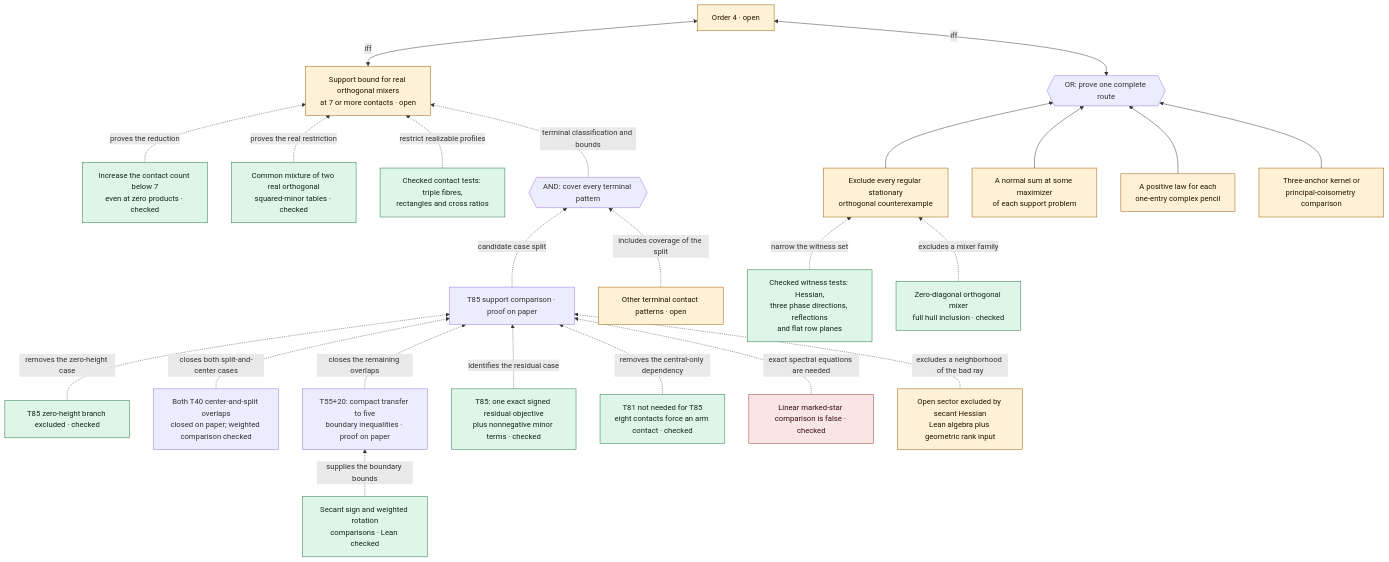
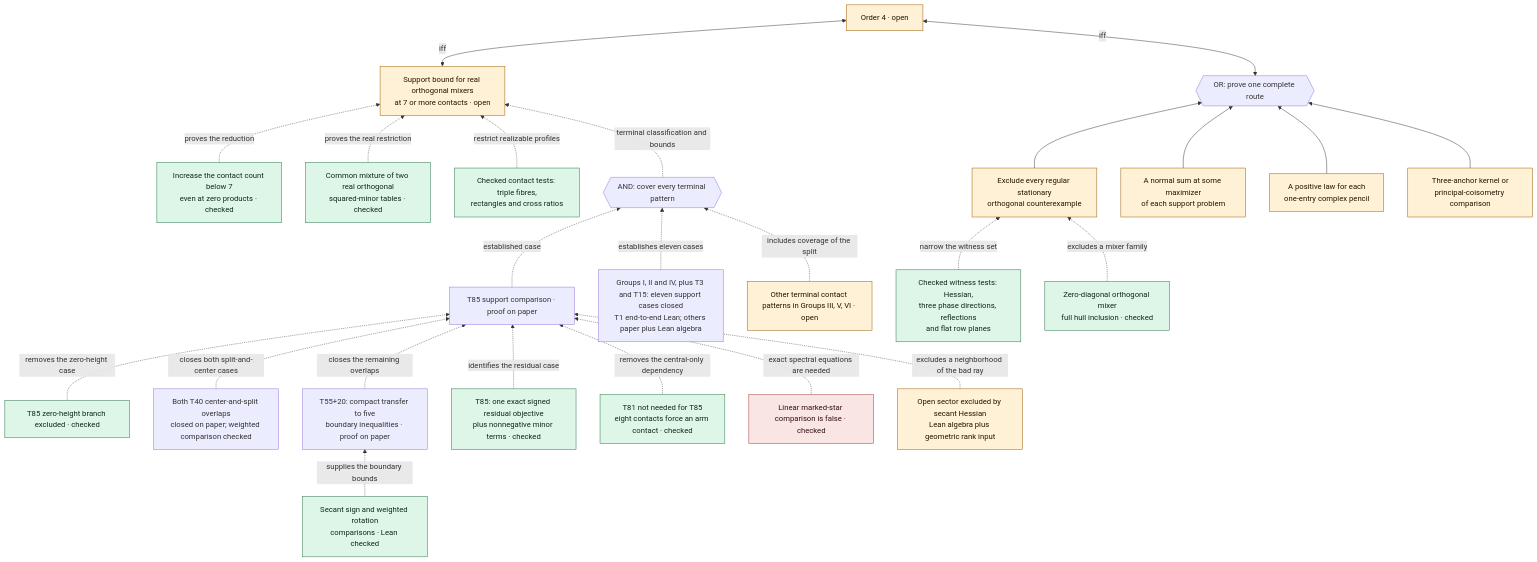
The second of 5 diagrams in Lean/ProofTree.md (ascendnoosphere/MOC), drawn with Mermaid before and after one commit. The commit also changed other lines of this file and 30 other files, not shown here.

Commit message:
Close Zheng Groups I, II, IV and the T3 and T15 support cases

````diff
--- a/Lean/ProofTree.md
+++ b/Lean/ProofTree.md
@@ -72,51 +72,53 @@
 ```mermaid
 flowchart BT
     FOUR["Order 4 · open"]:::open
     OR4{{"OR: prove one complete route"}}
     WITNESS["Exclude every regular stationary<br/>orthogonal counterexample"]:::open
     NORMAL["A normal sum at some maximizer<br/>of each support problem"]:::open
     PENCIL["A positive law for each<br/>one-entry complex pencil"]:::open
     CHART["Three-anchor kernel or<br/>principal-coisometry comparison"]:::open
     TRANSFER["Increase the contact count below 7<br/>even at zero products · checked"]:::checked
     SEVEN["Support bound for real orthogonal mixers<br/>at 7 or more contacts · open"]:::open
     TWO["Common mixture of two real orthogonal<br/>squared-minor tables · checked"]:::checked
     TESTS["Checked witness tests: Hessian,<br/>three phase directions, reflections<br/>and flat row planes"]:::checked
     ZERO["Zero-diagonal orthogonal mixer<br/>full hull inclusion · checked"]:::checked
     PHASE["Checked contact tests: triple fibres,<br/>rectangles and cross ratios"]:::checked
     T85["T85 support comparison · proof on paper"]
     T55OVER["T55+20: compact transfer to five<br/>boundary inequalities · proof on paper"]
     SECB["Secant sign and weighted rotation<br/>comparisons · Lean checked"]:::checked
     T40OVER["Both T40 center-and-split overlaps<br/>closed on paper; weighted comparison checked"]
     BYPASS["T81 not needed for T85<br/>eight contacts force an arm contact · checked"]:::checked
-    OTHERS["Other terminal contact patterns · open"]:::open
+    EARLY["Groups I, II and IV, plus T3 and T15: eleven support cases closed<br/>T1 end-to-end Lean; others paper plus Lean algebra"]
+    OTHERS["Other terminal contact patterns in Groups III, V, VI · open"]:::open
     COVER{{"AND: cover every terminal pattern"}}
     STAR["T85: one exact signed residual objective<br/>plus nonnegative minor terms · checked"]:::checked
     NOGO["Linear marked-star comparison is false · checked"]:::blocked
     SEC["Open sector excluded by secant Hessian<br/>Lean algebra plus geometric rank input"]:::open
     PAIRED["T85 zero-height branch excluded · checked"]:::checked
     WITNESS --> OR4
     NORMAL --> OR4
     PENCIL --> OR4
     CHART --> OR4
     TRANSFER -. proves the reduction .-> SEVEN
     TWO -. proves the real restriction .-> SEVEN
     SEVEN <-->|iff| FOUR
     TESTS -. narrow the witness set .-> WITNESS
     ZERO -. excludes a mixer family .-> WITNESS
     PHASE -. restrict realizable profiles .-> SEVEN
     PAIRED -. removes the zero-height case .-> T85
     T40OVER -. closes both split-and-center cases .-> T85
     T55OVER -. closes the remaining overlaps .-> T85
     SECB -. supplies the boundary bounds .-> T55OVER
     STAR -. identifies the residual case .-> T85
     BYPASS -. removes the central-only dependency .-> T85
     NOGO -. exact spectral equations are needed .-> T85
     SEC -. excludes a neighborhood of the bad ray .-> T85
-    T85 -. candidate case split .-> COVER
+    T85 -. established case .-> COVER
+    EARLY -. establishes eleven cases .-> COVER
     OTHERS -. includes coverage of the split .-> COVER
     COVER -. terminal classification and bounds .-> SEVEN
     OR4 <-->|iff| FOUR
     classDef open fill:#fff1d6,stroke:#9a5900,color:#231500
     classDef checked fill:#ddf6e7,stroke:#287348,color:#10291a
     classDef blocked fill:#fae5e5,stroke:#a33434,color:#361010
 ```
````
